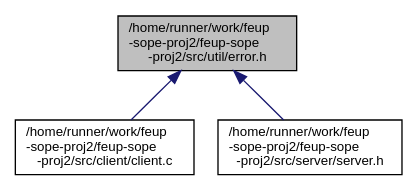
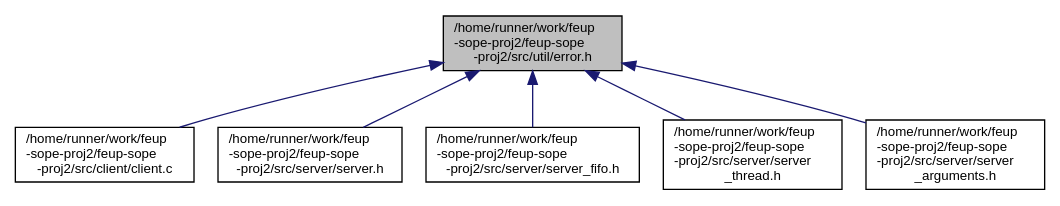
Before and after one commit to ctrlMarcio/feup-sope-proj2: the diagram in error_8h__dep__incl.dot, drawn with Graphviz. The commit also changed 19 other files, not shown here.

```diff
--- a/error_8h__dep__incl.dot
+++ b/error_8h__dep__incl.dot
@@ -1,10 +1,16 @@
 digraph "/home/runner/work/feup-sope-proj2/feup-sope-proj2/src/util/error.h"
 {
   edge [fontname="Helvetica",fontsize="10",labelfontname="Helvetica",labelfontsize="10"];
   node [fontname="Helvetica",fontsize="10",shape=record];
   Node1 [label="/home/runner/work/feup\l-sope-proj2/feup-sope\l-proj2/src/util/error.h",height=0.2,width=0.4,color="black", fillcolor="grey75", style="filled", fontcolor="black"];
   Node1 -> Node2 [dir="back",color="midnightblue",fontsize="10",style="solid",fontname="Helvetica"];
   Node2 [label="/home/runner/work/feup\l-sope-proj2/feup-sope\l-proj2/src/client/client.c",height=0.2,width=0.4,color="black", fillcolor="white", style="filled",URL="$client_8c.html",tooltip="Runs the main client operations. "];
   Node1 -> Node3 [dir="back",color="midnightblue",fontsize="10",style="solid",fontname="Helvetica"];
   Node3 [label="/home/runner/work/feup\l-sope-proj2/feup-sope\l-proj2/src/server/server.h",height=0.2,width=0.4,color="black", fillcolor="white", style="filled",URL="$server_8h.html",tooltip="Methods related to the server side. "];
+  Node1 -> Node4 [dir="back",color="midnightblue",fontsize="10",style="solid",fontname="Helvetica"];
+  Node4 [label="/home/runner/work/feup\l-sope-proj2/feup-sope\l-proj2/src/server/server_fifo.h",height=0.2,width=0.4,color="black", fillcolor="white", style="filled",URL="$server__fifo_8h_source.html"];
+  Node1 -> Node5 [dir="back",color="midnightblue",fontsize="10",style="solid",fontname="Helvetica"];
+  Node5 [label="/home/runner/work/feup\l-sope-proj2/feup-sope\l-proj2/src/server/server\l_thread.h",height=0.2,width=0.4,color="black", fillcolor="white", style="filled",URL="$server__thread_8h_source.html"];
+  Node1 -> Node6 [dir="back",color="midnightblue",fontsize="10",style="solid",fontname="Helvetica"];
+  Node6 [label="/home/runner/work/feup\l-sope-proj2/feup-sope\l-proj2/src/server/server\l_arguments.h",height=0.2,width=0.4,color="black", fillcolor="white", style="filled",URL="$server__arguments_8h_source.html"];
 }
```
